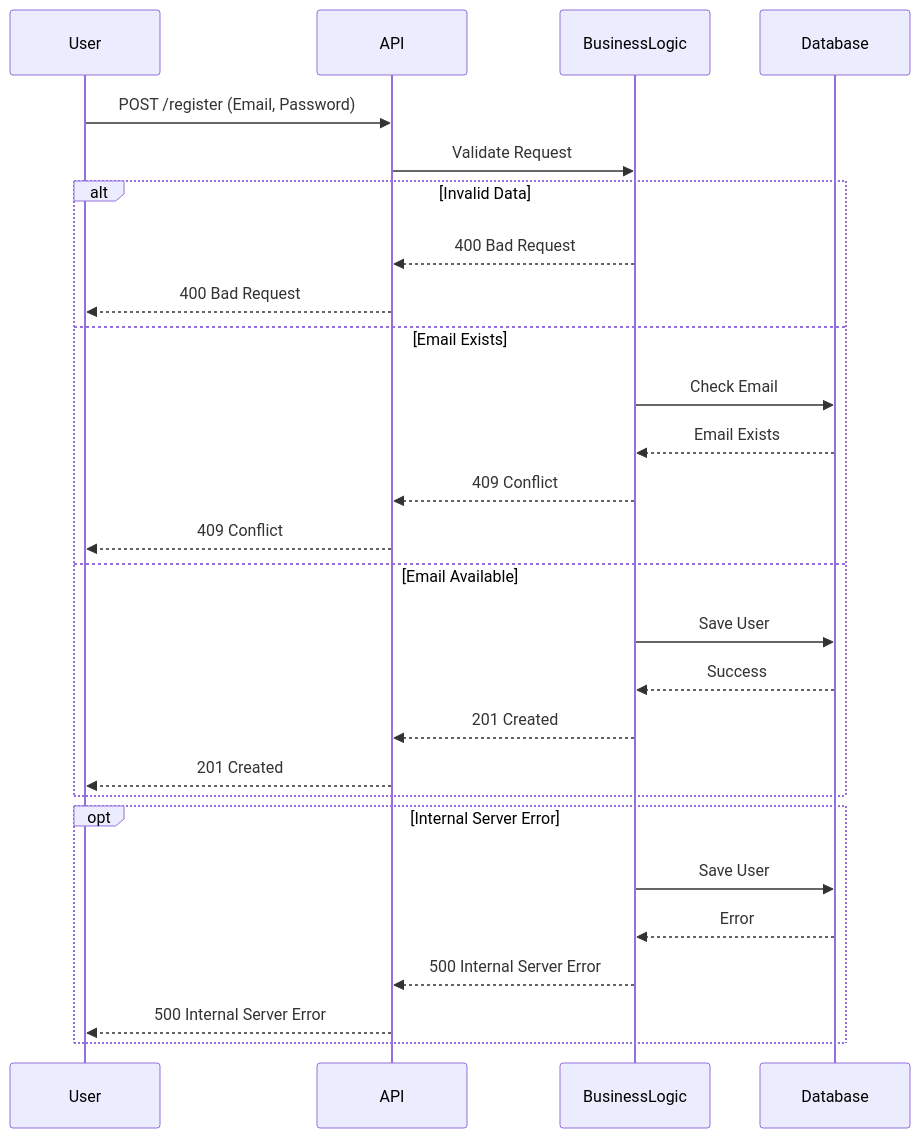
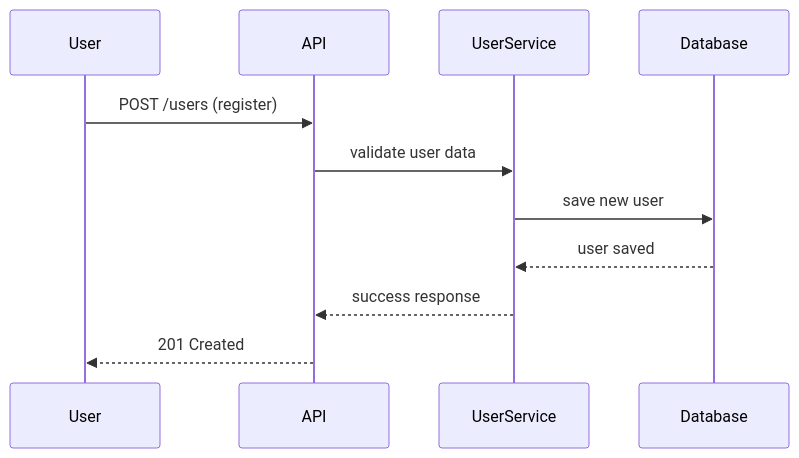
One commit to holbkr/holbertonschool-hbnb changed the diagram in part1/task2/sequencediagramuser.mmd. Above: the diagram before and after it, drawn with Mermaid.

Commit message:
Refactor sequence diagram for user registration flow

```diff
--- a/part1/task2/sequencediagramuser.mmd
+++ b/part1/task2/sequencediagramuser.mmd
@@ -1,30 +1,12 @@
 sequenceDiagram
-    participant User
-    participant API
-    participant BusinessLogic
-    participant Database
+participant User
+participant API
+participant UserService
+participant Database
 
-    User->>API: POST /register (Email, Password)
-    API->>BusinessLogic: Validate Request
-    
-    alt Invalid Data
-        BusinessLogic-->>API: 400 Bad Request
-        API-->>User: 400 Bad Request
-    else Email Exists
-        BusinessLogic->>Database: Check Email
-        Database-->>BusinessLogic: Email Exists
-        BusinessLogic-->>API: 409 Conflict
-        API-->>User: 409 Conflict
-    else Email Available
-        BusinessLogic->>Database: Save User
-        Database-->>BusinessLogic: Success
-        BusinessLogic-->>API: 201 Created
-        API-->>User: 201 Created
-    end
-
-    opt Internal Server Error
-        BusinessLogic->>Database: Save User
-        Database-->>BusinessLogic: Error
-        BusinessLogic-->>API: 500 Internal Server Error
-        API-->>User: 500 Internal Server Error
-    end
+User->>API: POST /users (register)
+API->>UserService: validate user data
+UserService->>Database: save new user
+Database-->>UserService: user saved
+UserService-->>API: success response
+API-->>User: 201 Created
```
